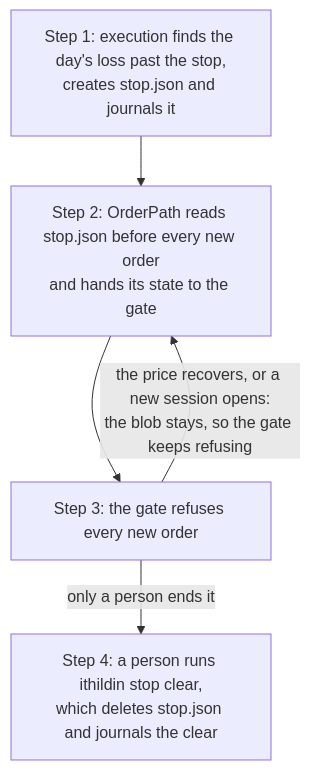
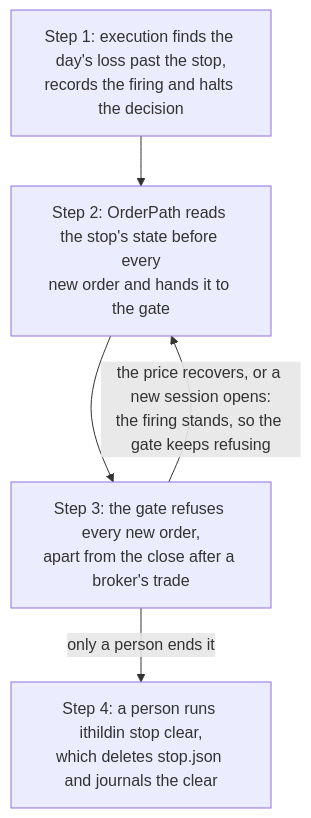
One commit to l3a0/ithildin-runtime changed diagram 14 of 18 in docs/architecture/06-runtime.md. Above: the diagram before and after it, drawn with Mermaid. The commit also changed other lines of this file and 36 other files, not shown here.

First line of the commit message:
feat(risk): the risk gate, its seven limits and the day's loss reading (#126)

````diff
--- a/docs/architecture/06-runtime.md
+++ b/docs/architecture/06-runtime.md
@@ -858,11 +877,11 @@
 ```mermaid
 flowchart TD
-    fire["Step 1: execution finds the day's loss past the stop,<br/>creates stop.json and journals it"]
-    read["Step 2: OrderPath reads stop.json before every new order<br/>and hands its state to the gate"]
-    refuse["Step 3: the gate refuses every new order"]
+    fire["Step 1: execution finds the day's loss past the stop,<br/>records the firing and halts the decision"]
+    read["Step 2: OrderPath reads the stop's state before every<br/>new order and hands it to the gate"]
+    refuse["Step 3: the gate refuses every new order,<br/>apart from the close after a broker's trade"]
     clear["Step 4: a person runs ithildin stop clear,<br/>which deletes stop.json and journals the clear"]
     fire --> read
     read --> refuse
-    refuse -->|"the price recovers, or a new session opens:<br/>the blob stays, so the gate keeps refusing"| read
+    refuse -->|"the price recovers, or a new session opens:<br/>the firing stands, so the gate keeps refusing"| read
     refuse -->|"only a person ends it"| clear
 ```
````
